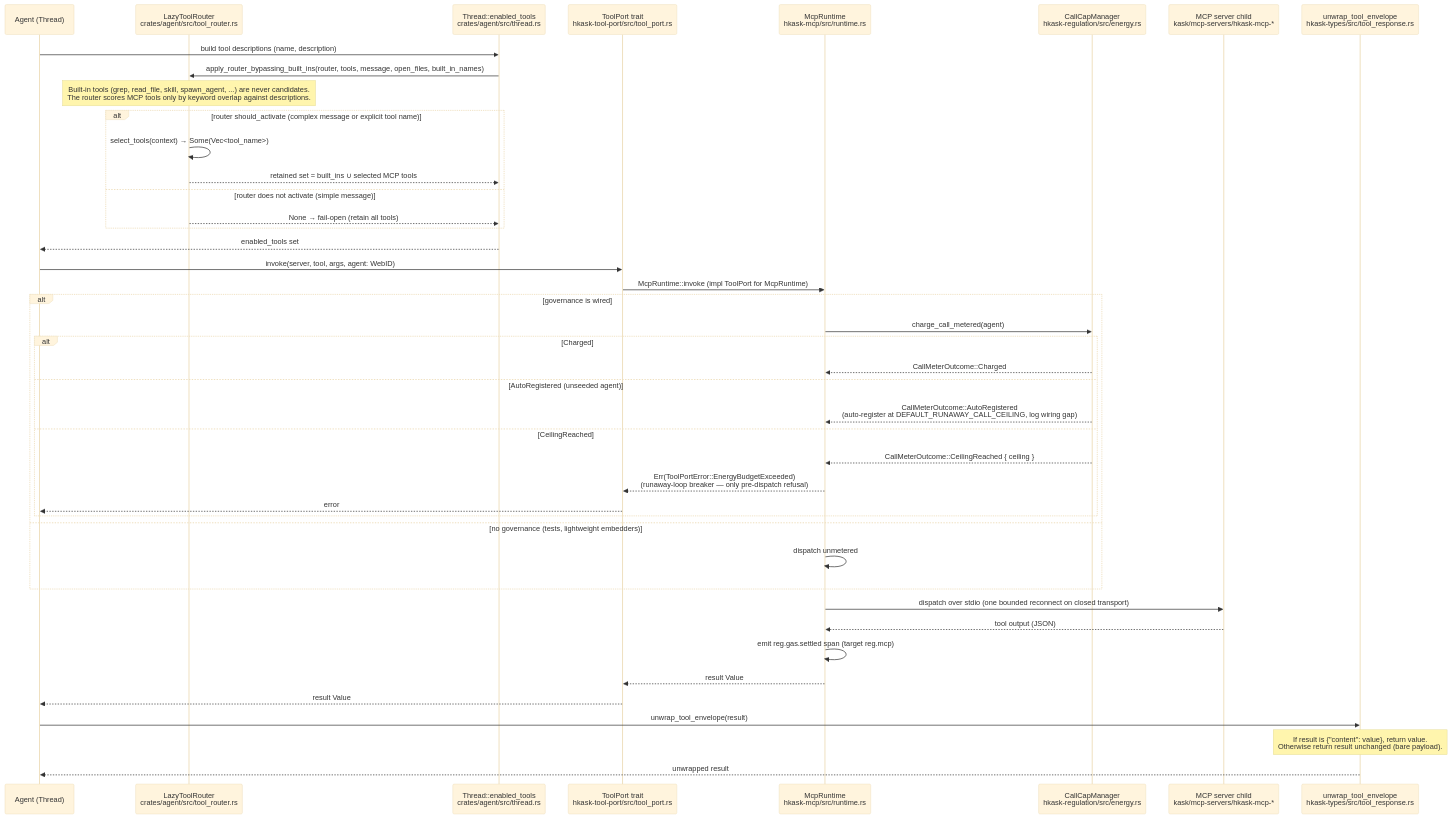
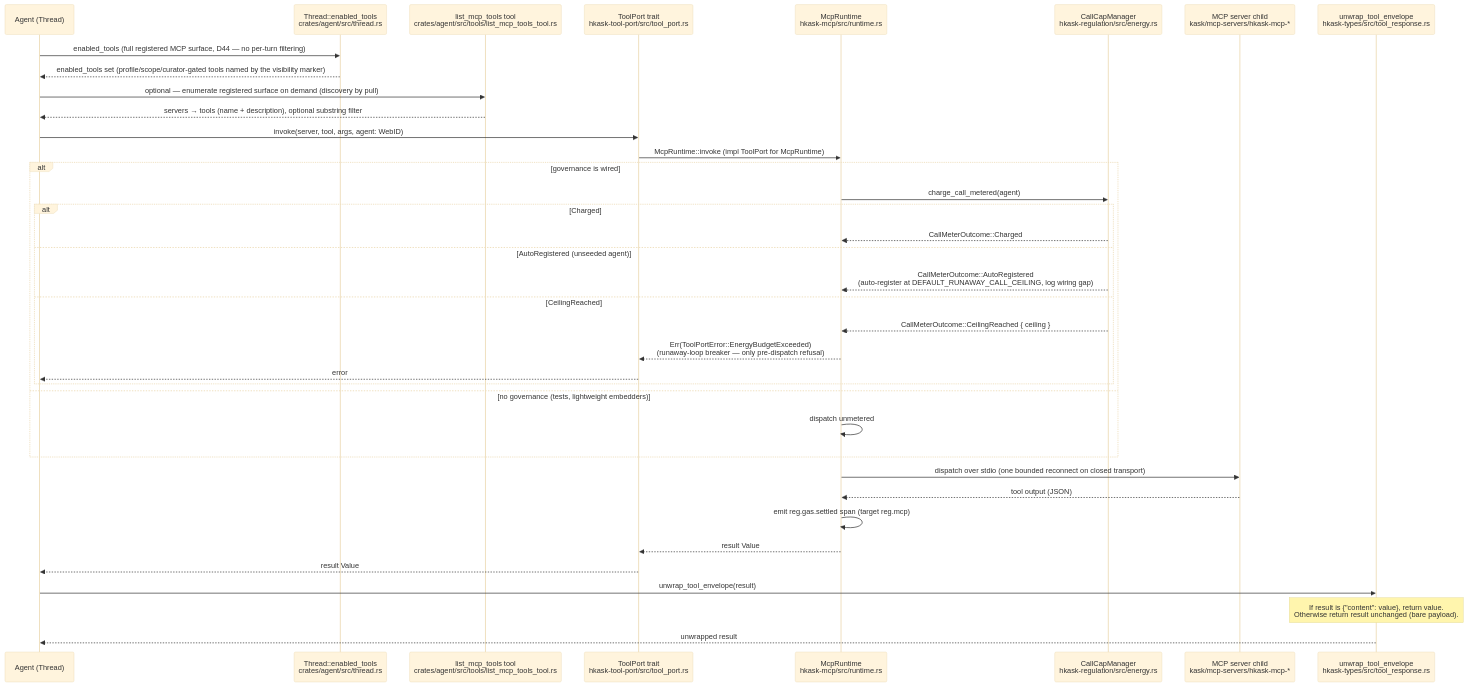
The second of 4 diagrams in kask/docs/diagrams/mcp-dispatch.md (mdz-axo/zed-kask), drawn with Mermaid (base theme) before and after one commit. The commit also changed other lines of this file and 31 other files, not shown here.

First line of the commit message:
Replace LazyToolRouter with list_mcp_tools

````diff
--- a/kask/docs/diagrams/mcp-dispatch.md
+++ b/kask/docs/diagrams/mcp-dispatch.md
@@ -69,47 +72,41 @@
 ```mermaid
 sequenceDiagram
     participant Agent as Agent (Thread)
-    participant Router as LazyToolRouter<br/>crates/agent/src/tool_router.rs
     participant Enabled as Thread::enabled_tools<br/>crates/agent/src/thread.rs
+    participant ListTools as list_mcp_tools tool<br/>crates/agent/src/tools/list_mcp_tools_tool.rs
     participant ToolPort as ToolPort trait<br/>hkask-tool-port/src/tool_port.rs
     participant Runtime as McpRuntime<br/>hkask-mcp/src/runtime.rs
     participant Cap as CallCapManager<br/>hkask-regulation/src/energy.rs
     participant Server as MCP server child<br/>kask/mcp-servers/hkask-mcp-*
     participant Unwrap as unwrap_tool_envelope<br/>hkask-types/src/tool_response.rs
 
-    Agent->>Enabled: build tool descriptions (name, description)
-    Enabled->>Router: apply_router_bypassing_built_ins(router, tools, message, open_files, built_in_names)
-    Note over Router: Built-in tools (grep, read_file, skill, spawn_agent, ...) are never candidates.<br/>The router scores MCP tools only by keyword overlap against descriptions.
-    alt router should_activate (complex message or explicit tool name)
-        Router->>Router: select_tools(context) → Some(Vec<tool_name>)
-        Router-->>Enabled: retained set = built_ins ∪ selected MCP tools
-    else router does not activate (simple message)
-        Router-->>Enabled: None → fail-open (retain all tools)
-    end
-    Enabled-->>Agent: enabled_tools set
+    Agent->>Enabled: enabled_tools (full registered MCP surface, D44 — no per-turn filtering)
+    Enabled-->>Agent: enabled_tools set (profile/scope/curator-gated tools named by the visibility marker)
+    Agent->>ListTools: optional — enumerate registered surface on demand (discovery by pull)
+    ListTools-->>Agent: servers → tools (name + description), optional substring filter
 
     Agent->>ToolPort: invoke(server, tool, args, agent: WebID)
     ToolPort->>Runtime: McpRuntime::invoke (impl ToolPort for McpRuntime)
     alt governance is wired
         Runtime->>Cap: charge_call_metered(agent)
         alt Charged
             Cap-->>Runtime: CallMeterOutcome::Charged
         else AutoRegistered (unseeded agent)
             Cap-->>Runtime: CallMeterOutcome::AutoRegistered<br/>(auto-register at DEFAULT_RUNAWAY_CALL_CEILING, log wiring gap)
         else CeilingReached
             Cap-->>Runtime: CallMeterOutcome::CeilingReached { ceiling }
             Runtime-->>ToolPort: Err(ToolPortError::EnergyBudgetExceeded)<br/>(runaway-loop breaker — only pre-dispatch refusal)
             ToolPort-->>Agent: error
         end
     else no governance (tests, lightweight embedders)
         Runtime->>Runtime: dispatch unmetered
     end
     Runtime->>Server: dispatch over stdio (one bounded reconnect on closed transport)
     Server-->>Runtime: tool output (JSON)
     Runtime->>Runtime: emit reg.gas.settled span (target reg.mcp)
     Runtime-->>ToolPort: result Value
     ToolPort-->>Agent: result Value
     Agent->>Unwrap: unwrap_tool_envelope(result)
     Note over Unwrap: If result is {"content": value}, return value.<br/>Otherwise return result unchanged (bare payload).
     Unwrap-->>Agent: unwrapped result
 ```
````
